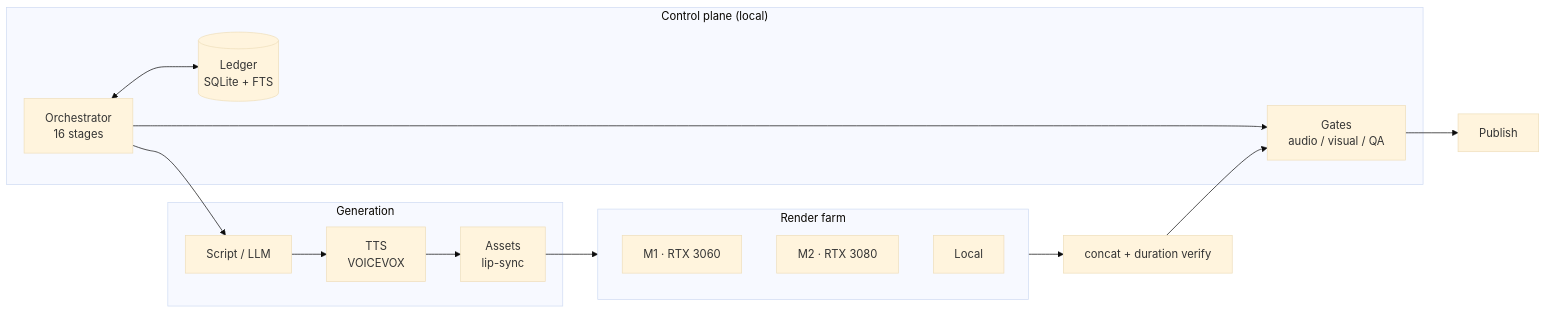
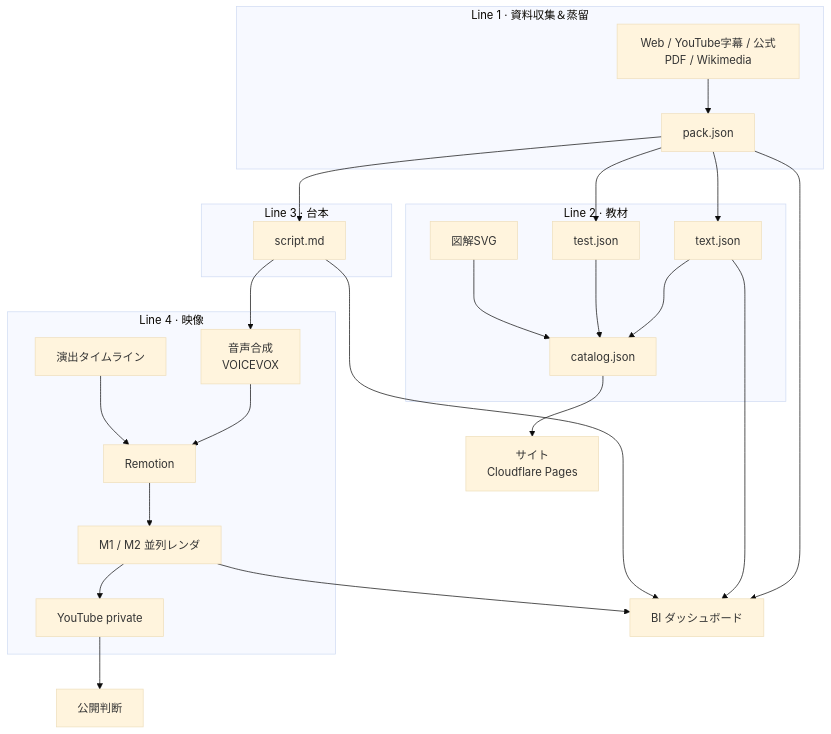
Before and after one commit to RintaroMatsumoto/ai-production-line: the diagram in README.md, drawn with Mermaid (base theme). The commit also changed other lines of this file and 29 other files, not shown here.

First line of the commit message:
feat: reflect V3 architecture - 4 stateless lines, site and BI

````diff
--- a/README.md
+++ b/README.md
@@ -99,28 +113,36 @@
 ```mermaid
-flowchart LR
-  subgraph CP["Control plane (local)"]
-    O["Orchestrator<br/>16 stages"]
-    G["Gates<br/>audio / visual / QA"]
-    DB[("Ledger<br/>SQLite + FTS")]
+flowchart TB
+  subgraph L1["Line 1 · 資料収集＆蒸留"]
+    A1["Web / YouTube字幕 / 公式PDF / Wikimedia"] --> A2["pack.json"]
   end
 
-  subgraph GEN["Generation"]
-    S["Script / LLM"]
-    T["TTS<br/>VOICEVOX"]
-    A["Assets<br/>lip-sync"]
+  subgraph L2["Line 2 · 教材"]
+    B1["text.json"] --> B3["catalog.json"]
+    B2["test.json"] --> B3
+    B4["図解SVG"] --> B3
   end
 
-  subgraph FARM["Render farm"]
-    M1["M1 · RTX 3060"]
-    M2["M2 · RTX 3080"]
-    LC["Local"]
+  subgraph L3["Line 3 · 台本"]
+    C1["script.md"]
   end
 
-  O --> S --> T --> A
-  O --> G
-  O <--> DB
-  A --> FARM
-  FARM --> C["concat + duration verify"]
-  C --> G
-  G --> P["Publish"]
+  subgraph L4["Line 4 · 映像"]
+    D1["音声合成<br/>VOICEVOX"] --> D3["Remotion"]
+    D2["演出タイムライン"] --> D3
+    D3 --> D4["M1 / M2 並列レンダ"]
+    D4 --> D5["YouTube private"]
+  end
+
+  A2 --> B1
+  A2 --> B2
+  A2 --> C1
+  C1 --> D1
+
+  B3 --> S["サイト<br/>Cloudflare Pages"]
+  D5 --> P["公開判断"]
+
+  A2 --> BI["BI ダッシュボード"]
+  B1 --> BI
+  C1 --> BI
+  D4 --> BI
 ```
````
